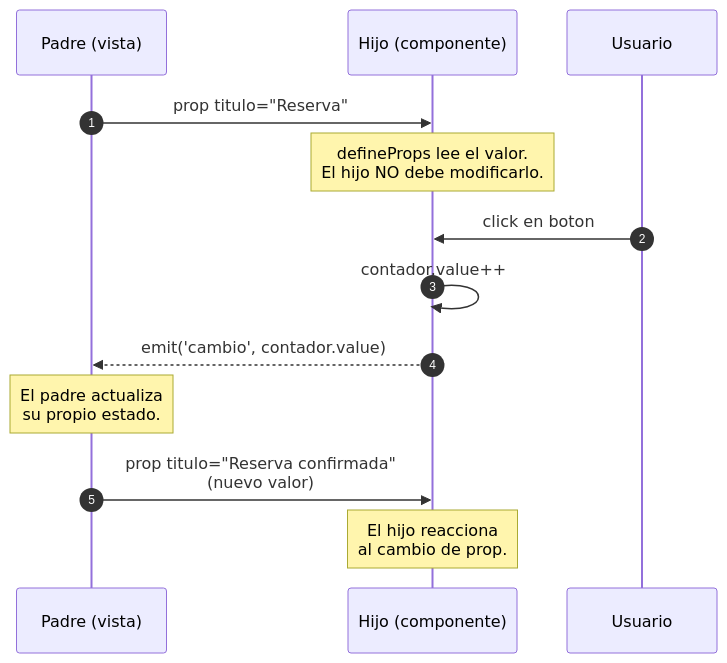
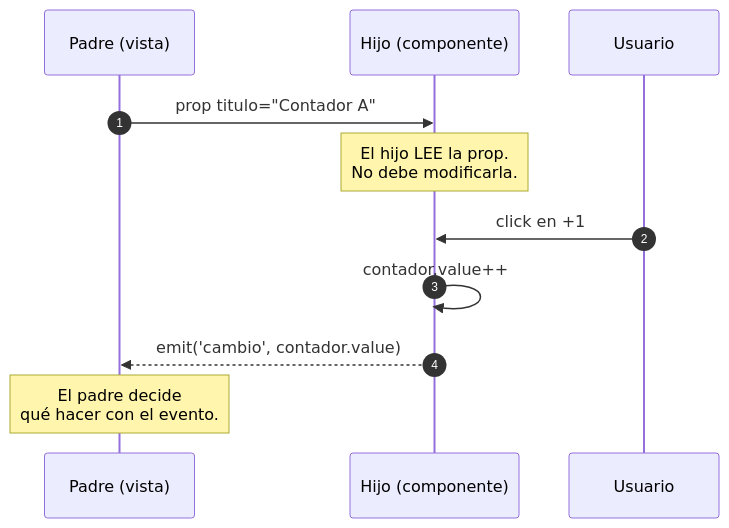
The first of 4 diagrams in curso-normalizacion/por-publicar/03-vue/sesiones/sesion-11-componentes-estado/index.md (fgtortosa/cursos-2026), drawn with Mermaid before and after one commit. The commit also changed other lines of this file and 5 other files, not shown here.

````diff
--- a/curso-normalizacion/por-publicar/03-vue/sesiones/sesion-11-componentes-estado/index.md
+++ b/curso-normalizacion/por-publicar/03-vue/sesiones/sesion-11-componentes-estado/index.md
@@ -180,16 +196,14 @@
 ```mermaid
 sequenceDiagram
     autonumber
     participant P as Padre (vista)
     participant H as Hijo (componente)
     participant U as Usuario
 
-    P->>H: prop titulo="Reserva"
-    Note over H: defineProps lee el valor.<br/>El hijo NO debe modificarlo.
-    U->>H: click en boton
+    P->>H: prop titulo="Contador A"
+    Note over H: El hijo LEE la prop.<br/>No debe modificarla.
+    U->>H: click en +1
     H->>H: contador.value++
     H-->>P: emit('cambio', contador.value)
-    Note over P: El padre actualiza<br/>su propio estado.
-    P->>H: prop titulo="Reserva confirmada"<br/>(nuevo valor)
-    Note over H: El hijo reacciona<br/>al cambio de prop.
+    Note over P: El padre decide<br/>qué hacer con el evento.
 ```
````
